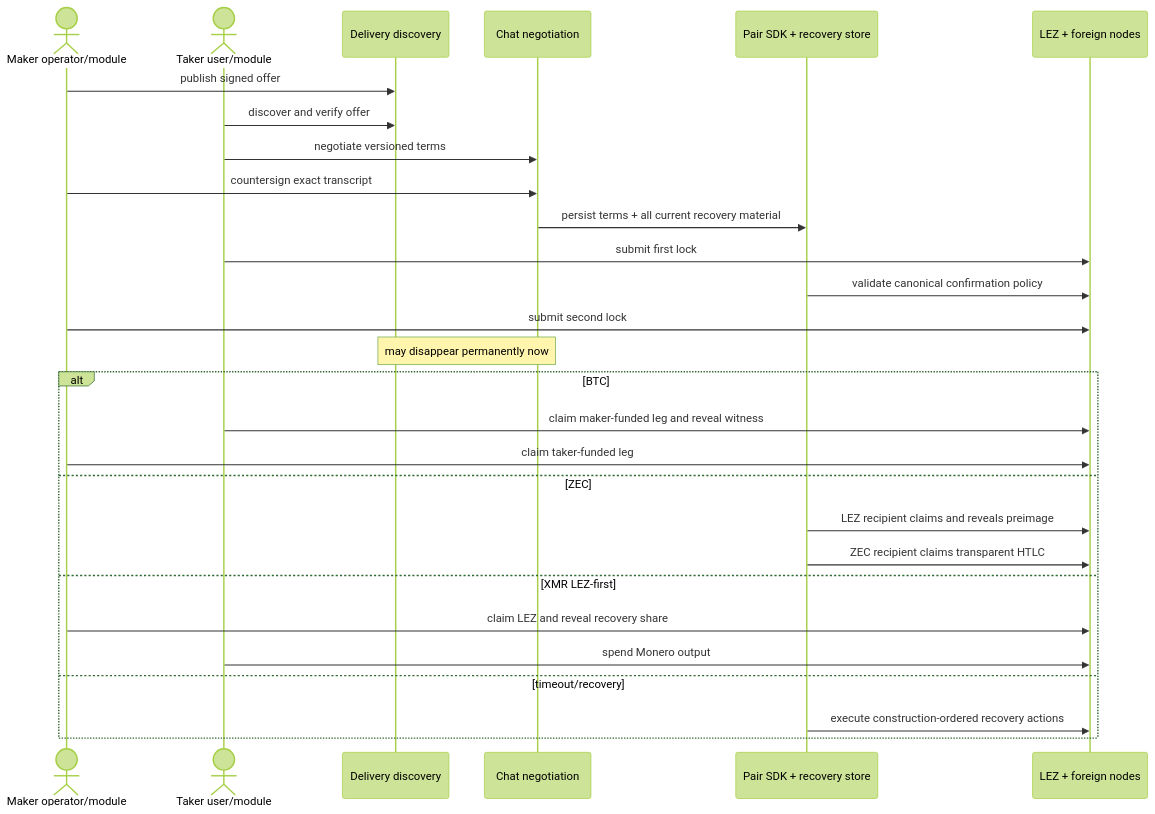
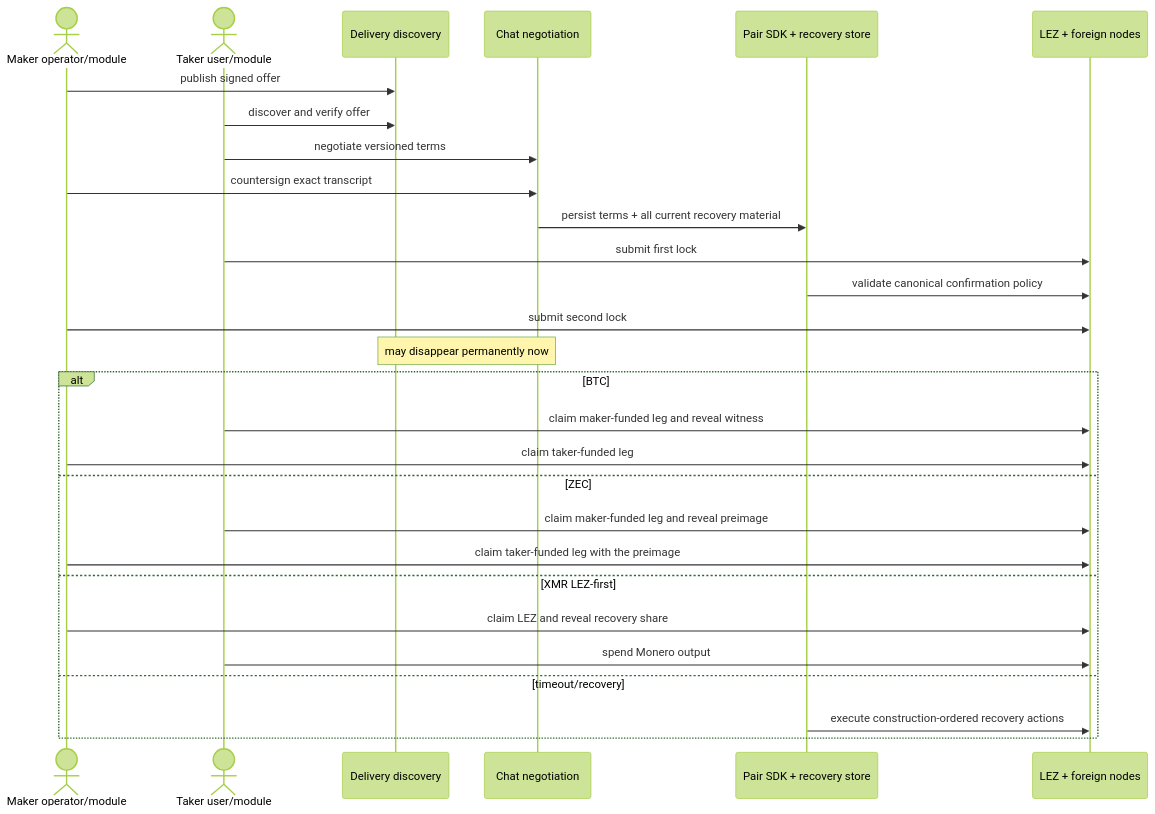
One commit to gateway-fm/lez-atomic-swaps changed the second of 2 diagrams in docs/milestone-1/sdk-trait-surface.md. Above: the diagram before and after it, drawn with Mermaid (forest theme). The commit also changed other lines of this file and 14 other files, not shown here.

Commit message:
docs: ADR 0216, ZEC follows the common flow; deviation from RFP-003 F4 in TakerSellsLez

````diff
--- a/docs/milestone-1/sdk-trait-surface.md
+++ b/docs/milestone-1/sdk-trait-surface.md
@@ -99,30 +99,30 @@
 ```mermaid
 sequenceDiagram
     actor Maker as Maker operator/module
     actor Taker as Taker user/module
     participant D as Delivery discovery
     participant C as Chat negotiation
     participant SDK as Pair SDK + recovery store
     participant Chains as LEZ + foreign nodes
     Maker->>D: publish signed offer
     Taker->>D: discover and verify offer
     Taker->>C: negotiate versioned terms
     Maker->>C: countersign exact transcript
     C->>SDK: persist terms + all current recovery material
     Taker->>Chains: submit first lock
     SDK->>Chains: validate canonical confirmation policy
     Maker->>Chains: submit second lock
     Note over D,C: may disappear permanently now
     alt BTC
         Taker->>Chains: claim maker-funded leg and reveal witness
         Maker->>Chains: claim taker-funded leg
     else ZEC
-        SDK->>Chains: LEZ recipient claims and reveals preimage
-        SDK->>Chains: ZEC recipient claims transparent HTLC
+        Taker->>Chains: claim maker-funded leg and reveal preimage
+        Maker->>Chains: claim taker-funded leg with the preimage
     else XMR LEZ-first
         Maker->>Chains: claim LEZ and reveal recovery share
         Taker->>Chains: spend Monero output
     else timeout/recovery
         SDK->>Chains: execute construction-ordered recovery actions
     end
 ```
````
